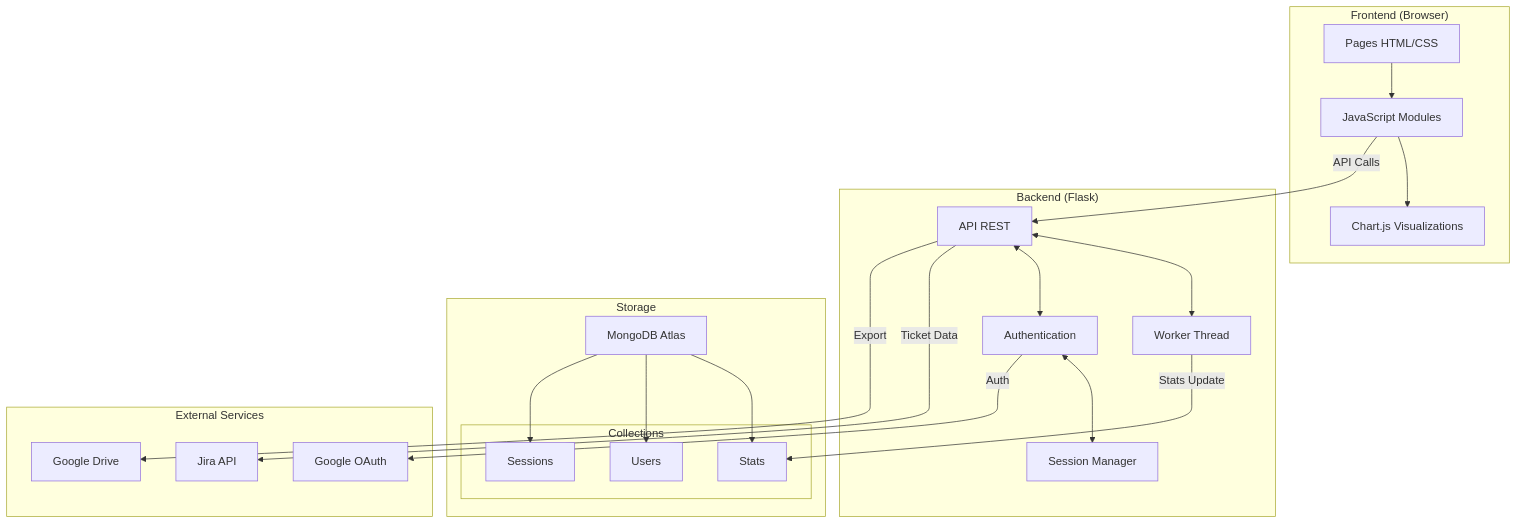
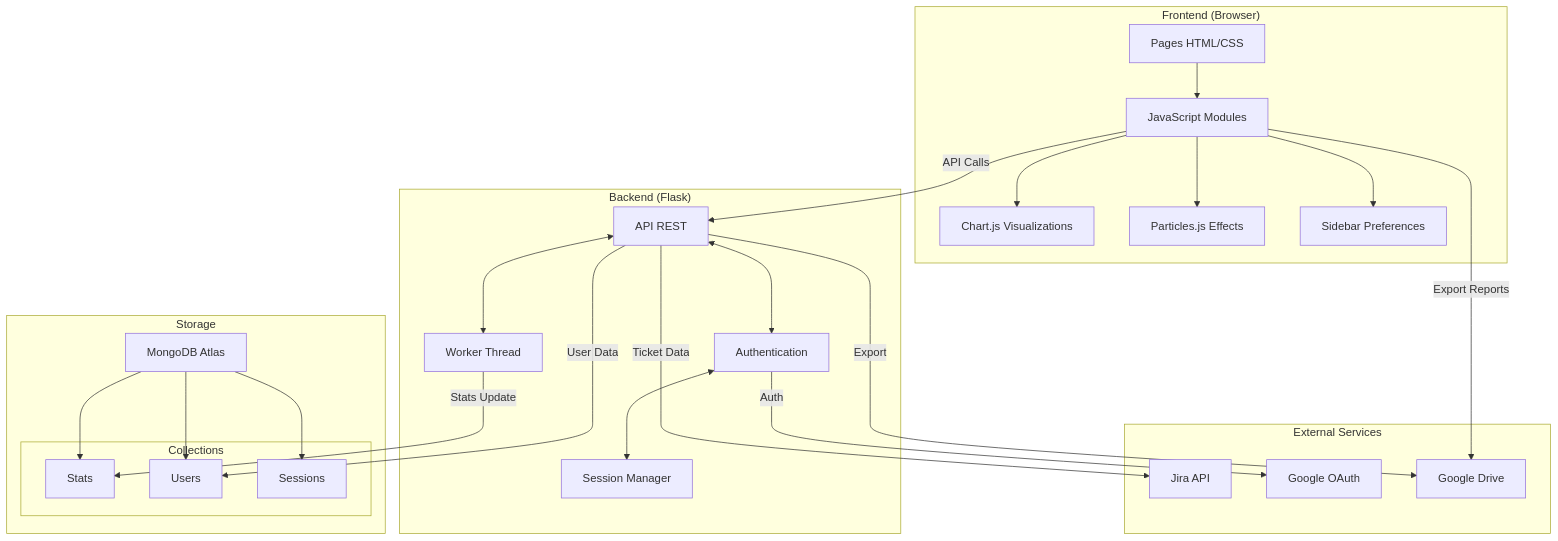
The second of 8 diagrams in docs/architecture.md (nicolabcraft/Jira-Dashboard), drawn with Mermaid before and after one commit. The commit also changed other lines of this file, not shown here.

Commit message:
feat: :sparkles: Enhance architecture documentation with additional JavaScript modules and data flow diagrams

````diff
--- a/docs/architecture.md
+++ b/docs/architecture.md
@@ -7,44 +27,50 @@
 ```mermaid
 graph TD
     subgraph "Frontend (Browser)"
         A[Pages HTML/CSS]
         B[JavaScript Modules]
         C[Chart.js Visualizations]
+        D[Particles.js Effects]
+        E[Sidebar Preferences]
         A --> B
         B --> C
+        B --> D
+        B --> E
     end
 
     subgraph "Backend (Flask)"
-        D[API REST]
-        E[Worker Thread]
-        F[Authentication]
-        G[Session Manager]
-        D <--> E
-        D <--> F
+        F[API REST]
+        G[Worker Thread]
+        H[Authentication]
+        I[Session Manager]
         F <--> G
+        F <--> H
+        H <--> I
     end
 
     subgraph "Storage"
-        H[MongoDB Atlas]
+        J[MongoDB Atlas]
         subgraph "Collections"
-            I[Stats]
-            J[Users]
-            K[Sessions]
+            K[Stats]
+            L[Users]
+            M[Sessions]
         end
-        H --> I
-        H --> J
-        H --> K
+        J --> K
+        J --> L
+        J --> M
     end
 
     subgraph "External Services"
-        L[Jira API]
-        M[Google OAuth]
-        N[Google Drive]
+        N[Jira API]
+        O[Google OAuth]
+        P[Google Drive]
     end
 
-    B -- "API Calls" --> D
-    E -- "Stats Update" --> I
-    F -- "Auth" --> M
-    D -- "Ticket Data" --> L
-    D -- "Export" --> N
+    B -- "API Calls" --> F
+    G -- "Stats Update" --> K
+    H -- "Auth" --> O
+    F -- "Ticket Data" --> N
+    F -- "Export" --> P
+    F -- "User Data" --> L
+    B -- "Export Reports" --> P
 ```
````
